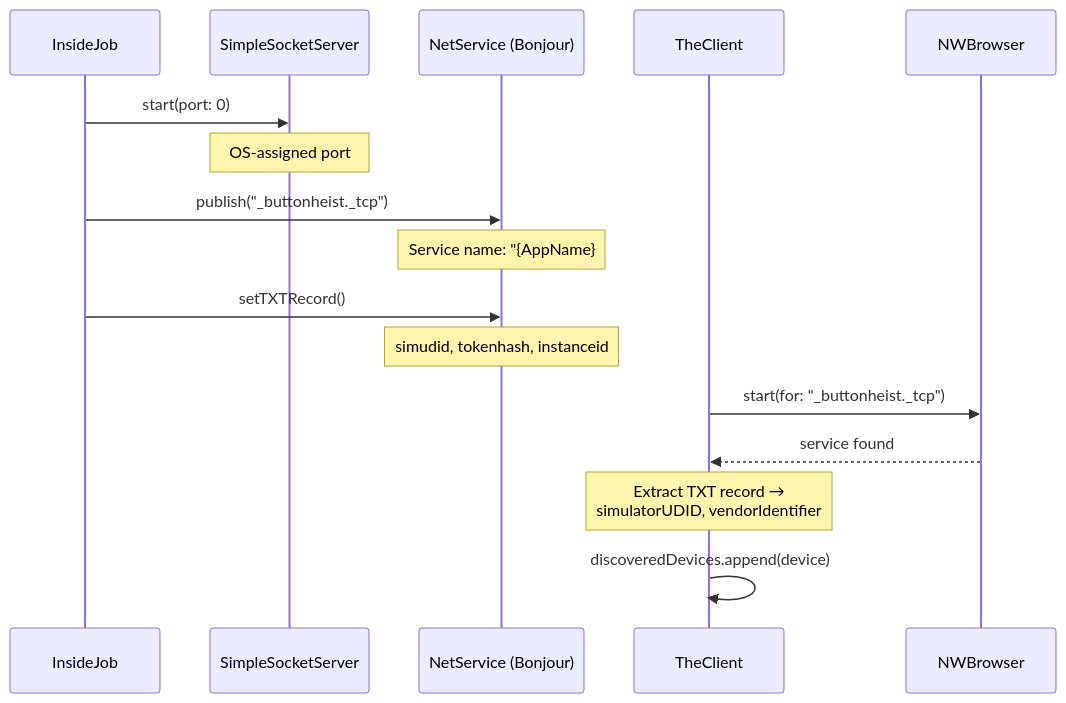
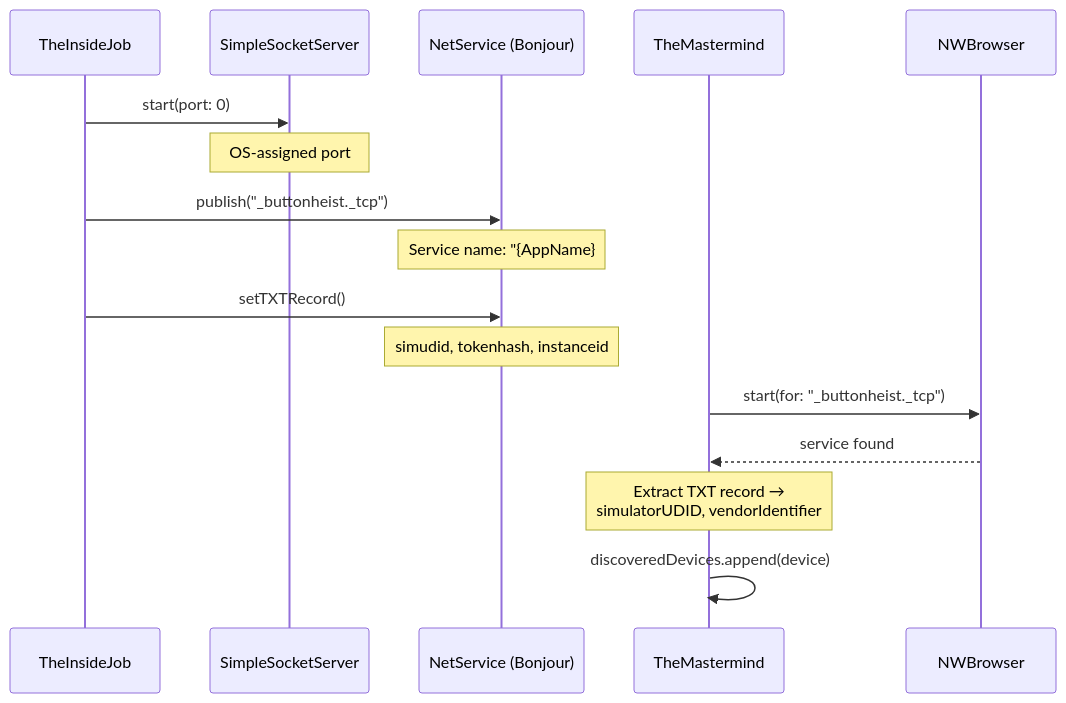
One commit to RoyalPineapple/TheButtonHeist changed the third of 7 diagrams in docs/ARCHITECTURE.md. Above: the diagram before and after it, drawn with Mermaid. The commit also changed other lines of this file and 11 other files, not shown here.

First line of the commit message:
Docs: update for TheButtonHeist, TheWheelman, TheInsideJob layout

````diff
--- a/docs/ARCHITECTURE.md
+++ b/docs/ARCHITECTURE.md
@@ -374,20 +374,20 @@
 ```mermaid
 sequenceDiagram
-    participant IJ as InsideJob
+    participant IJ as TheInsideJob
     participant SS as SimpleSocketServer
     participant NS as NetService (Bonjour)
-    participant HC as TheClient
+    participant HC as TheMastermind
     participant NB as NWBrowser
 
     IJ->>SS: start(port: 0)
     Note over SS: OS-assigned port
     IJ->>NS: publish("_buttonheist._tcp")
     Note over NS: Service name: "{AppName}#{instanceId}"<br>instanceId = INSIDEJOB_ID or UUID prefix
     IJ->>NS: setTXTRecord()
     Note over NS: simudid, tokenhash, instanceid
 
     HC->>NB: start(for: "_buttonheist._tcp")
     NB-->>HC: service found
     Note over HC: Extract TXT record →<br>simulatorUDID, vendorIdentifier
     HC->>HC: discoveredDevices.append(device)
 ```
````
